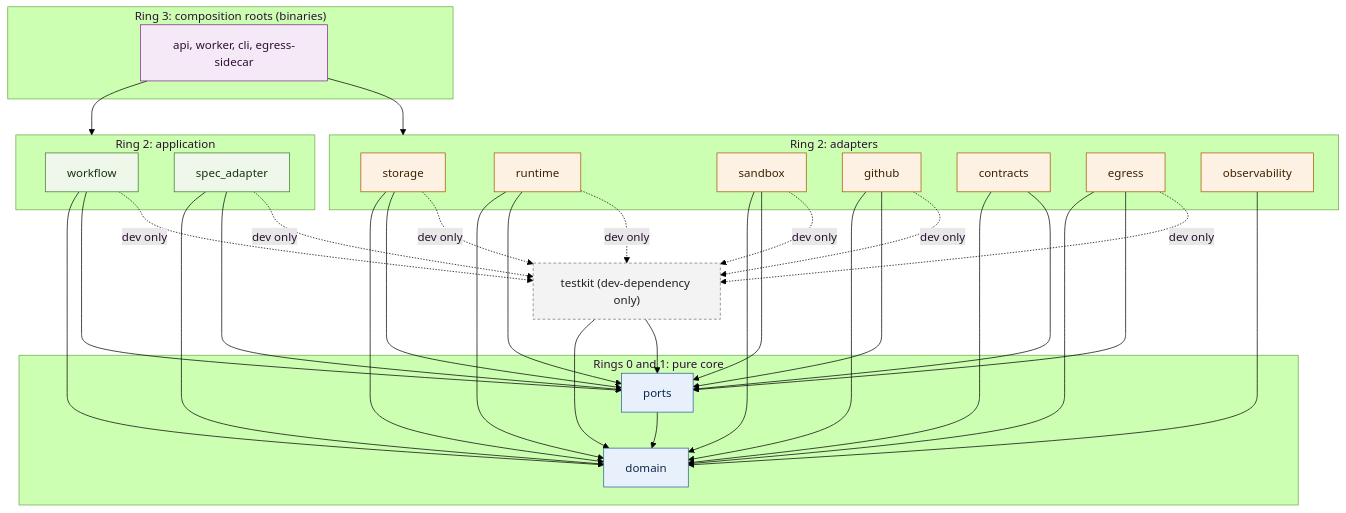
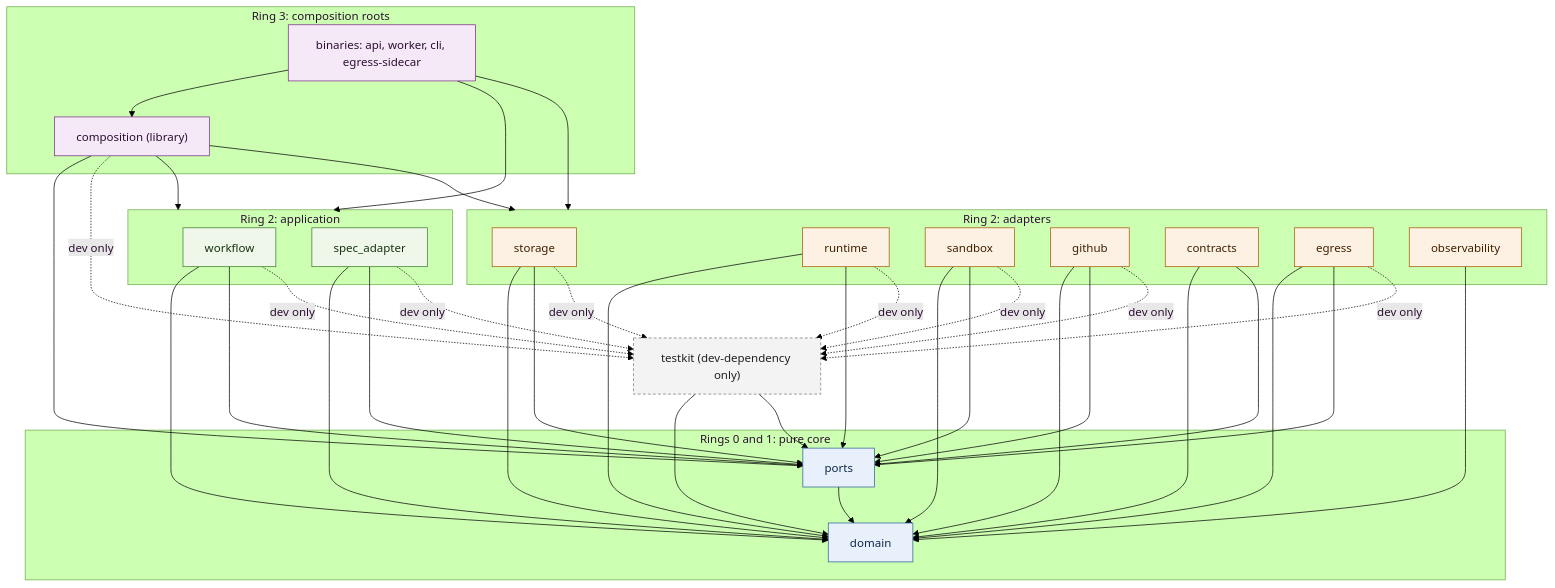
Before and after one commit to ortisun/bibo: the fifth of 6 diagrams in docs/architecture/overview.md, drawn with Mermaid (forest theme). The commit also changed other lines of this file and 52 other files, not shown here.

First line of the commit message:
Extract the shared composition core into a ring 3 library crate

````diff
--- a/docs/architecture/overview.md
+++ b/docs/architecture/overview.md
@@ -130,71 +130,78 @@
 ```mermaid
 flowchart TB
   classDef inner fill:#e8f1fb,stroke:#2b5d9b,color:#10294a;
   classDef app fill:#eef7ea,stroke:#3b7a2a,color:#173410;
   classDef adapter fill:#fdf1e3,stroke:#a35a00,color:#3d2200;
   classDef test fill:#f3f3f3,stroke:#777,color:#222,stroke-dasharray: 4 3;
   classDef root fill:#f5e9f7,stroke:#7a2a8a,color:#2d0f33;
-  subgraph roots["Ring 3: composition roots (binaries)"]
-    apps["api, worker, cli, egress-sidecar"]
+  subgraph roots["Ring 3: composition roots"]
+    apps["binaries: api, worker, cli, egress-sidecar"]
+    composition["composition (library)"]
   end
   subgraph application["Ring 2: application"]
     workflow
     spec_adapter
   end
   subgraph adapters["Ring 2: adapters"]
     storage
     runtime
     sandbox
     github
     contracts
     egress
     observability
   end
   subgraph inner["Rings 0 and 1: pure core"]
     ports
     domain
   end
   testkit["testkit (dev-dependency only)"]
   apps --> application
   apps --> adapters
+  apps --> composition
+  composition --> application
+  composition --> adapters
+  composition --> ports
   ports --> domain
   workflow --> domain
   workflow --> ports
   spec_adapter --> domain
   spec_adapter --> ports
   storage --> domain
   storage --> ports
   runtime --> domain
   runtime --> ports
   sandbox --> domain
   sandbox --> ports
   github --> domain
   github --> ports
   contracts --> domain
   contracts --> ports
   egress --> domain
   egress --> ports
   observability --> domain
   testkit --> domain
   testkit --> ports
   workflow -. dev only .-> testkit
   spec_adapter -. dev only .-> testkit
   storage -. dev only .-> testkit
   runtime -. dev only .-> testkit
   sandbox -. dev only .-> testkit
   github -. dev only .-> testkit
   egress -. dev only .-> testkit
+  composition -. dev only .-> testkit
   class domain inner;
   class ports inner;
   class workflow app;
   class spec_adapter app;
   class storage adapter;
   class runtime adapter;
   class sandbox adapter;
   class github adapter;
   class contracts adapter;
   class egress adapter;
   class observability adapter;
   class testkit test;
   class apps root;
+  class composition root;
 ```
````
